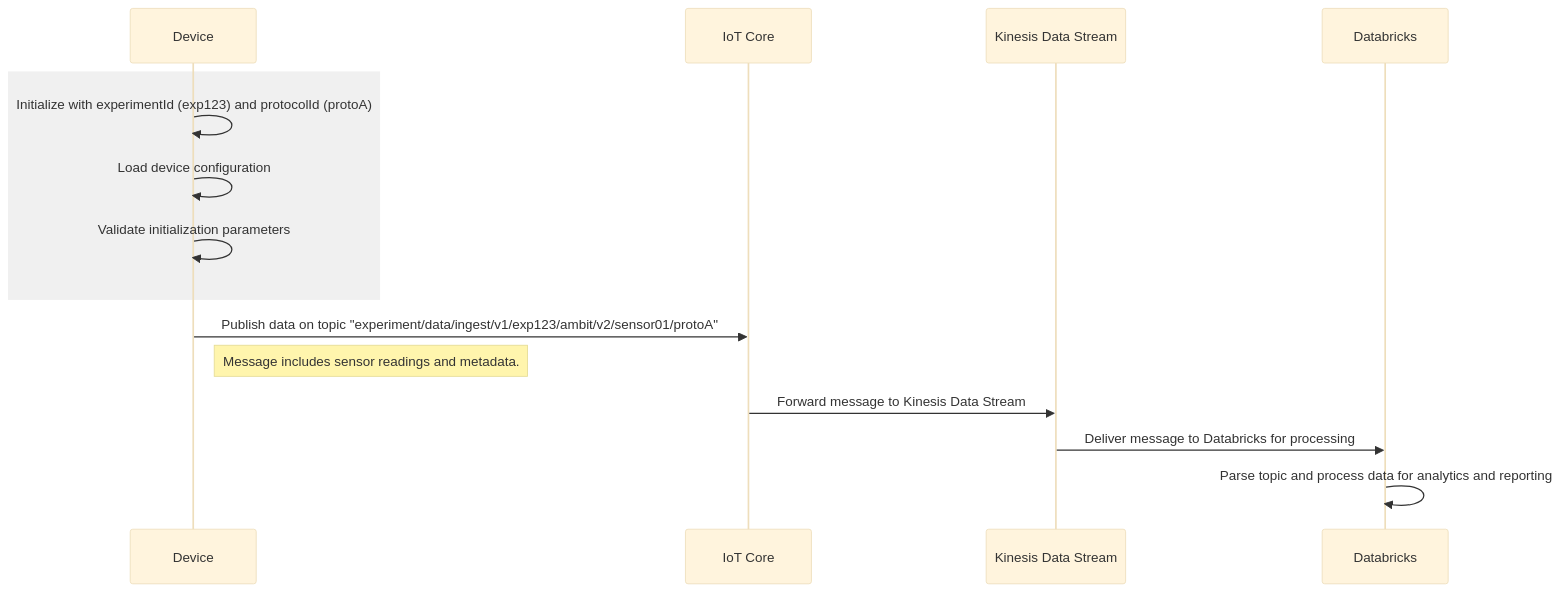
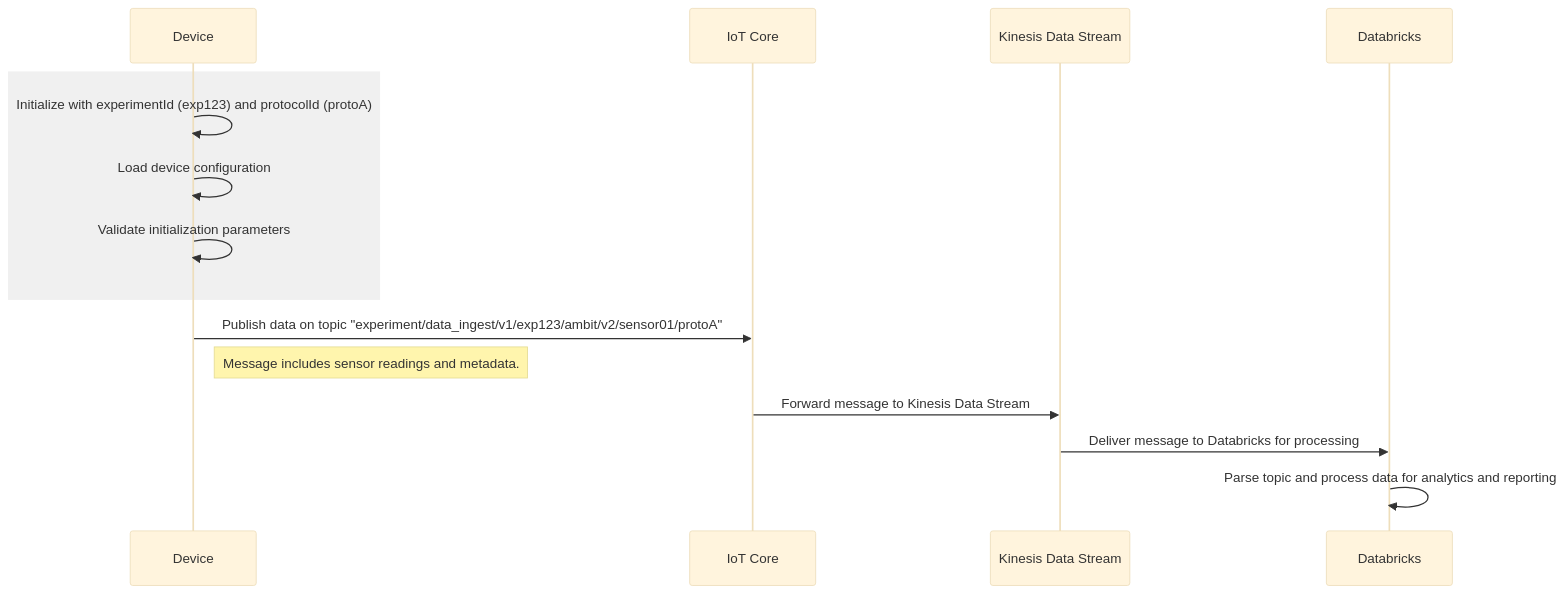
The diagram in apps/docs/docs/006-for-developers/001-developers-guide/001-design-decisions/001-proposals/001-mqtt-proposal.md (Jan-IngenHousz-Institute/open-jii), drawn with Mermaid (base theme) before and after one commit. The commit also changed other lines of this file, not shown here.

````diff
--- a/apps/docs/docs/006-for-developers/001-developers-guide/001-design-decisions/001-proposals/001-mqtt-proposal.md
+++ b/apps/docs/docs/006-for-developers/001-developers-guide/001-design-decisions/001-proposals/001-mqtt-proposal.md
@@ -59,21 +59,21 @@
 ```mermaid
 sequenceDiagram
     participant S as Device
     participant M as IoT Core
     participant K as Kinesis Data Stream
     participant D as Databricks
 
     %% Device Initialization
     rect rgb(240, 240, 240)
         S->>S: Initialize with experimentId (exp123) and protocolId (protoA)
         S->>S: Load device configuration
         S->>S: Validate initialization parameters
     end
 
     %% Data Publishing Process
-    S->>M: Publish data on topic "experiment/data/ingest/v1/exp123/ambit/v2/sensor01/protoA"
+    S->>M: Publish data on topic "experiment/data_ingest/v1/exp123/ambit/v2/sensor01/protoA"
     Note right of S: Message includes sensor readings and metadata.
     M->>K: Forward message to Kinesis Data Stream
     K->>D: Deliver message to Databricks for processing
     D->>D: Parse topic and process data for analytics and reporting
 ```
````
